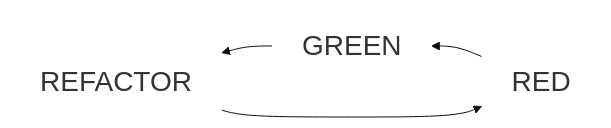
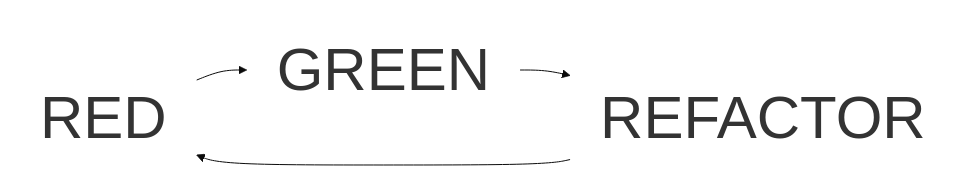
One commit to segin-GH/TDD-4-Embedded changed the diagram in README.md. Above: the diagram before and after it, drawn with Mermaid.

````diff
--- a/README.md
+++ b/README.md
@@ -11,7 +11,7 @@
 ```mermaid
 
-%%{init: {'theme': 'base', 'themeVariables': { 'primaryColor': '#0000', 'edgeLabelBackground':'#ffffee','fontSize':'  28px', 'tertiaryColor': '#fff0f0'}}}%%
+%%{init: {'theme': 'base', 'themeVariables': { 'primaryColor': '#0000', 'edgeLabelBackground':'#ffffee','fontSize':'  60px', 'tertiaryColor': '#fff0f0'}}}%%
 
-graph RL;
+graph LR;
 RED-->GREEN-->REFACTOR-->RED
 ```
````
